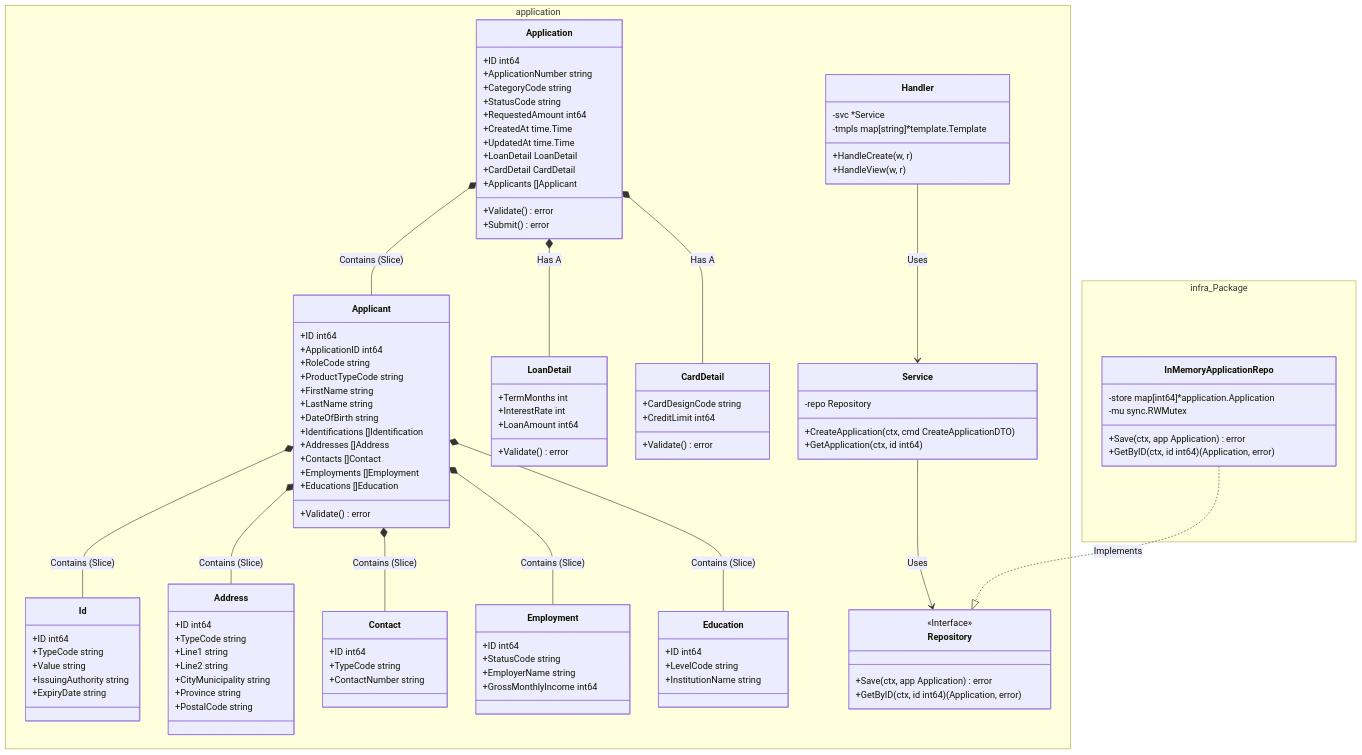
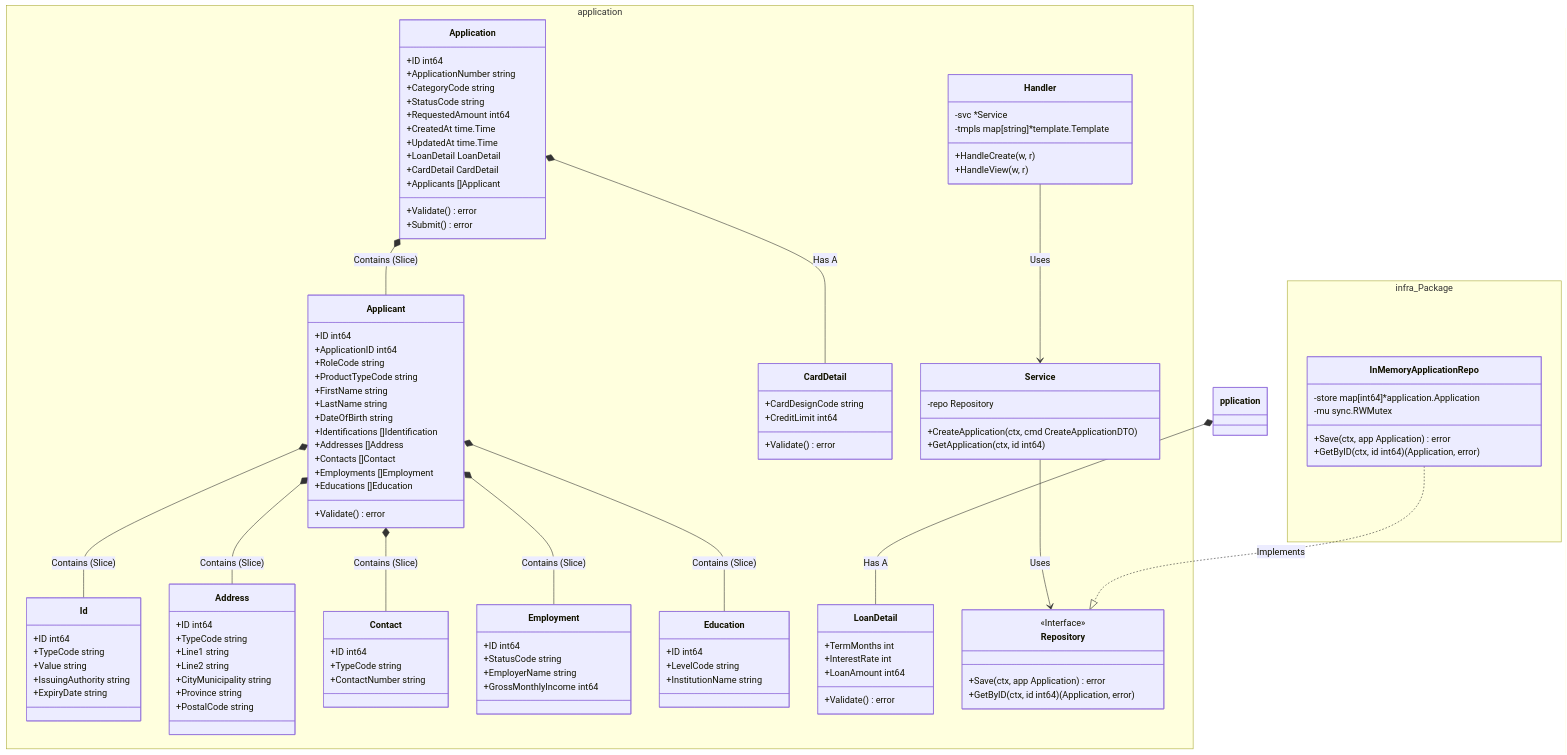
Before and after one commit to drownedsound/blackdog: the diagram in readme.md, drawn with Mermaid. The commit also changed other lines of this file and 19 other files, not shown here.

```diff
--- a/readme.md
+++ b/readme.md
@@ -152,7 +184,7 @@
 
 %% RELATIONSHIPS
 Application *-- Applicant : Contains (Slice)
-Application *-- LoanDetail : Has A
+pplication *-- LoanDetail : Has A
 Application *-- CardDetail : Has A
 Applicant *-- Id : Contains (Slice)
 Applicant *-- Address : Contains (Slice)
```
